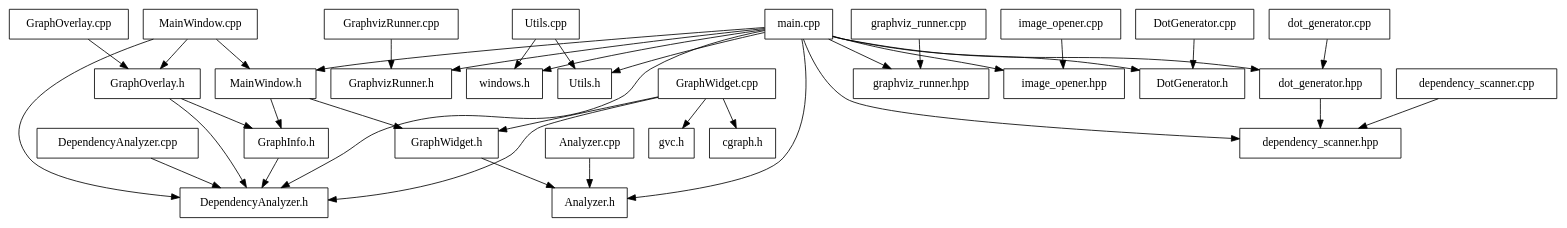
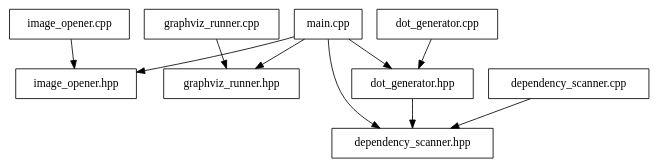
Before and after one commit to AlexandraKemperMS/DependencyVisualizer: the diagram in dependencies.dot, drawn with Graphviz. The commit also changed 86 other files, not shown here.

```diff
--- a/dependencies.dot
+++ b/dependencies.dot
@@ -1,68 +1,21 @@
 digraph dependencies {
   node [shape=box];
-  "GraphWidget.h" -> "Analyzer.h";
-  "GraphvizRunner.cpp" -> "GraphvizRunner.h";
-  "Analyzer.cpp" -> "Analyzer.h";
-  "DependencyAnalyzer.cpp" -> "DependencyAnalyzer.h";
-  "MainWindow.h" -> "GraphInfo.h";
-  "MainWindow.h" -> "GraphWidget.h";
-  "Utils.cpp" -> "windows.h";
-  "Utils.cpp" -> "Utils.h";
-  "GraphOverlay.cpp" -> "GraphOverlay.h";
-  "graphviz_runner.cpp" -> "graphviz_runner.hpp";
-  "image_opener.cpp" -> "image_opener.hpp";
-  "DotGenerator.cpp" -> "DotGenerator.h";
-  "GraphOverlay.h" -> "GraphInfo.h";
-  "GraphOverlay.h" -> "DependencyAnalyzer.h";
-  "main.cpp" -> "GraphvizRunner.h";
-  "main.cpp" -> "DotGenerator.h";
-  "main.cpp" -> "DependencyAnalyzer.h";
-  "main.cpp" -> "Analyzer.h";
-  "main.cpp" -> "Utils.h";
   "main.cpp" -> "image_opener.hpp";
   "main.cpp" -> "graphviz_runner.hpp";
   "main.cpp" -> "dot_generator.hpp";
   "main.cpp" -> "dependency_scanner.hpp";
-  "main.cpp" -> "windows.h";
-  "main.cpp" -> "MainWindow.h";
-  "GraphWidget.cpp" -> "cgraph.h";
-  "GraphWidget.cpp" -> "gvc.h";
-  "GraphWidget.cpp" -> "DependencyAnalyzer.h";
-  "GraphWidget.cpp" -> "GraphWidget.h";
-  "MainWindow.cpp" -> "DependencyAnalyzer.h";
-  "MainWindow.cpp" -> "GraphOverlay.h";
-  "MainWindow.cpp" -> "MainWindow.h";
-  "dependency_scanner.cpp" -> "dependency_scanner.hpp";
-  "GraphInfo.h" -> "DependencyAnalyzer.h";
   "dot_generator.hpp" -> "dependency_scanner.hpp";
   "dot_generator.cpp" -> "dot_generator.hpp";
+  "dependency_scanner.cpp" -> "dependency_scanner.hpp";
+  "image_opener.cpp" -> "image_opener.hpp";
+  "graphviz_runner.cpp" -> "graphviz_runner.hpp";
+  "graphviz_runner.cpp";
+  "image_opener.cpp";
+  "dot_generator.cpp";
+  "dot_generator.hpp";
   "dependency_scanner.cpp";
-  "MainWindow.cpp";
-  "gvc.h";
-  "cgraph.h";
-  "GraphWidget.cpp";
+  "graphviz_runner.hpp";
+  "image_opener.hpp";
   "dependency_scanner.hpp";
   "main.cpp";
-  "DotGenerator.h";
-  "graphviz_runner.hpp";
-  "graphviz_runner.cpp";
-  "DotGenerator.cpp";
-  "GraphOverlay.h";
-  "GraphWidget.h";
-  "GraphvizRunner.h";
-  "Analyzer.h";
-  "GraphvizRunner.cpp";
-  "Analyzer.cpp";
-  "image_opener.cpp";
-  "DependencyAnalyzer.h";
-  "image_opener.hpp";
-  "DependencyAnalyzer.cpp";
-  "MainWindow.h";
-  "dot_generator.cpp";
-  "dot_generator.hpp";
-  "windows.h";
-  "GraphInfo.h";
-  "GraphOverlay.cpp";
-  "Utils.cpp";
-  "Utils.h";
 }
```
